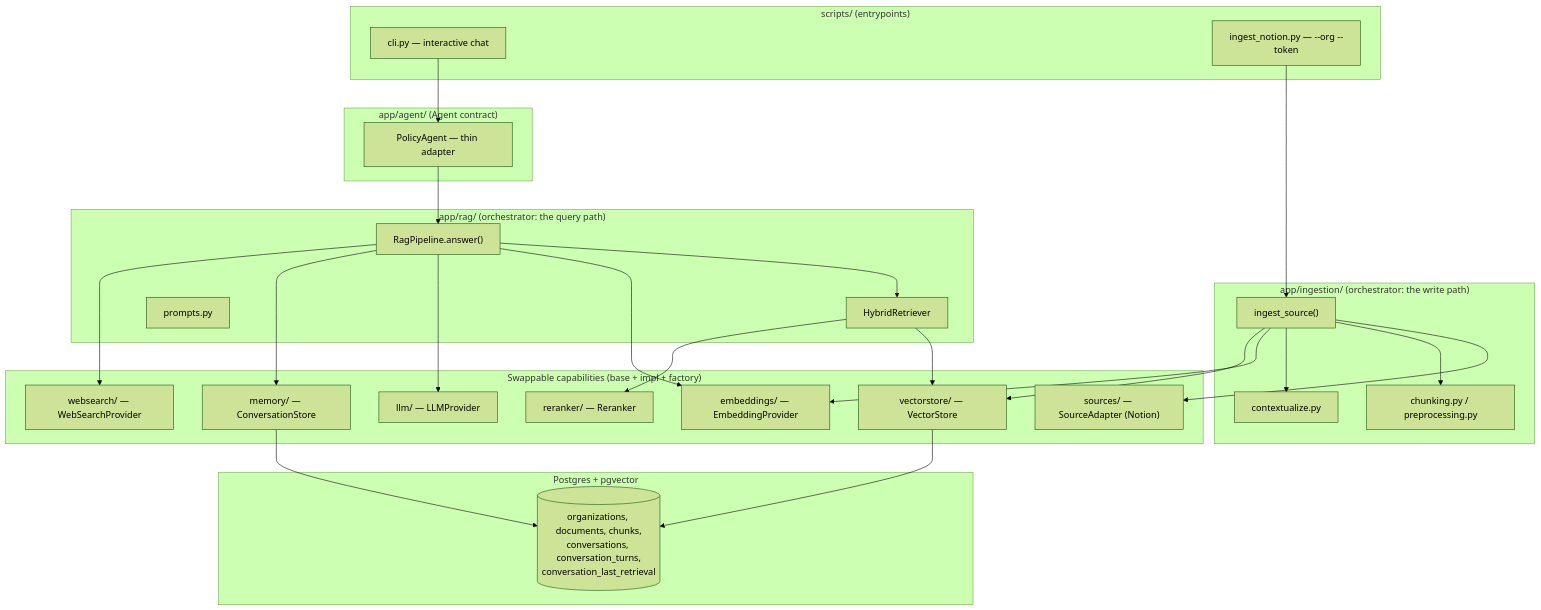
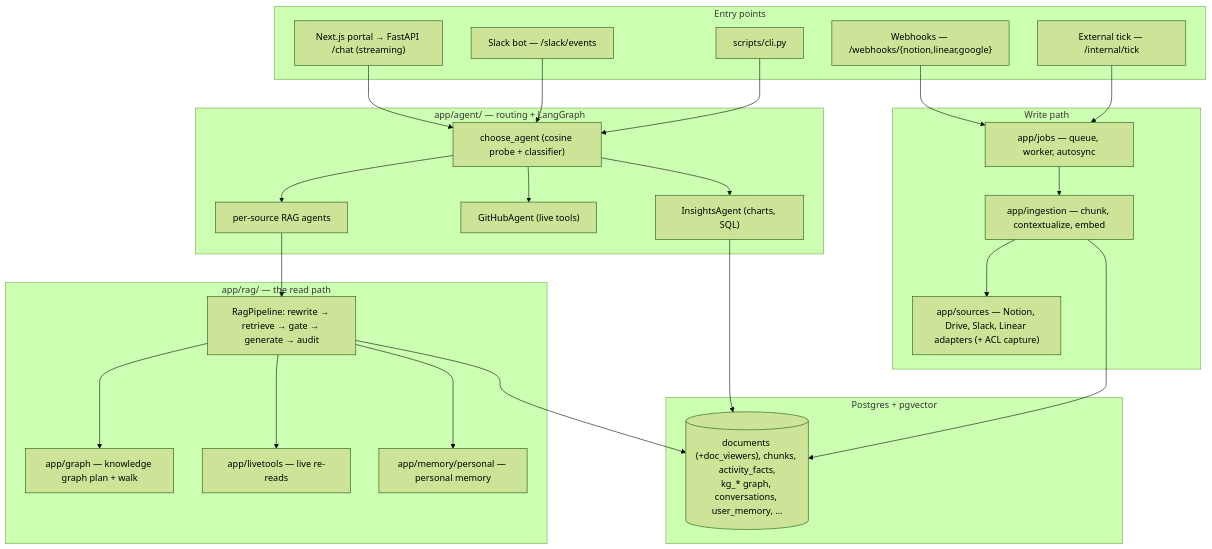
Before and after one commit to blockgroot/RAG-Engine: the first of 2 diagrams in ARCHITECTURE.md, drawn with Mermaid (forest theme). The commit also changed other lines of this file and 8 other files, not shown here.

First line of the commit message:
docs: refresh README, ARCHITECTURE and the secondary docs to the current product

````diff
--- a/ARCHITECTURE.md
+++ b/ARCHITECTURE.md
@@ -57,46 +60,41 @@
 ```mermaid
 flowchart TB
-    subgraph Entrypoints["scripts/ (entrypoints)"]
-        CLI["cli.py — interactive chat"]
-        ING["ingest_notion.py — --org --token"]
+    subgraph Edges["Entry points"]
+        WEB["Next.js portal → FastAPI /chat (streaming)"]
+        SLK["Slack bot — /slack/events"]
+        HOOK["Webhooks — /webhooks/{notion,linear,google}"]
+        TICK["External tick — /internal/tick"]
+        CLI["scripts/cli.py"]
     end
 
-    subgraph Agent["app/agent/ (Agent contract)"]
-        PA["PolicyAgent — thin adapter"]
+    subgraph Agents["app/agent/ — routing + LangGraph"]
+        ROUTE["choose_agent (cosine probe + classifier)"]
+        SRCA["per-source RAG agents"]
+        GHA["GitHubAgent (live tools)"]
+        INS["InsightsAgent (charts, SQL)"]
     end
 
-    subgraph RAG["app/rag/ (orchestrator: the query path)"]
-        PIPE["RagPipeline.answer()"]
-        RET["HybridRetriever"]
-        PROMPTS["prompts.py"]
+    subgraph RAG["app/rag/ — the read path"]
+        PIPE["RagPipeline: rewrite → retrieve → gate → generate → audit"]
+        GRAPH["app/graph — knowledge graph plan + walk"]
+        LIVE["app/livetools — live re-reads"]
+        PMEM["app/memory/personal — personal memory"]
     end
 
-    subgraph Ingest["app/ingestion/ (orchestrator: the write path)"]
-        IPIPE["ingest_source()"]
-        CTX["contextualize.py"]
-        CHUNK["chunking.py / preprocessing.py"]
-    end
-
-    subgraph Capabilities["Swappable capabilities (base + impl + factory)"]
-        LLM["llm/ — LLMProvider"]
-        EMB["embeddings/ — EmbeddingProvider"]
-        VS["vectorstore/ — VectorStore"]
-        RR["reranker/ — Reranker"]
-        SRC["sources/ — SourceAdapter (Notion)"]
-        MEM["memory/ — ConversationStore"]
-        WEB["websearch/ — WebSearchProvider"]
+    subgraph Write["Write path"]
+        JOBS["app/jobs — queue, worker, autosync"]
+        IPIPE["app/ingestion — chunk, contextualize, embed"]
+        SRC["app/sources — Notion, Drive, Slack, Linear adapters (+ ACL capture)"]
     end
 
     subgraph Data["Postgres + pgvector"]
-        DB[("organizations, documents, chunks,\nconversations, conversation_turns,\nconversation_last_retrieval")]
+        DB[("documents (+doc_viewers), chunks, activity_facts,\nkg_* graph, conversations, user_memory, ...")]
     end
 
-    CLI --> PA --> PIPE
-    ING --> IPIPE
-    PIPE --> RET --> VS
-    PIPE --> EMB & LLM & MEM & WEB
-    RET --> RR
-    IPIPE --> SRC & CHUNK & CTX & EMB & VS
-    VS --> DB
-    MEM --> DB
+    WEB & SLK & CLI --> ROUTE --> SRCA & GHA & INS
+    SRCA --> PIPE --> GRAPH & LIVE & PMEM
+    PIPE --> DB
+    INS --> DB
+    HOOK & TICK --> JOBS --> IPIPE --> SRC
+    IPIPE --> DB
 ```
````
